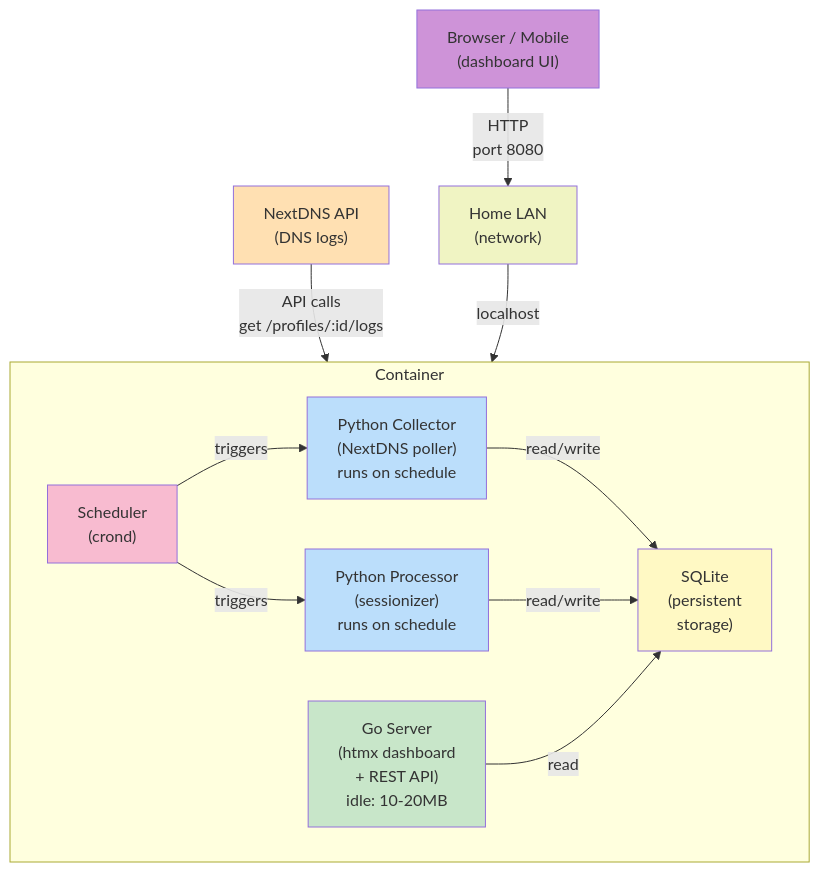
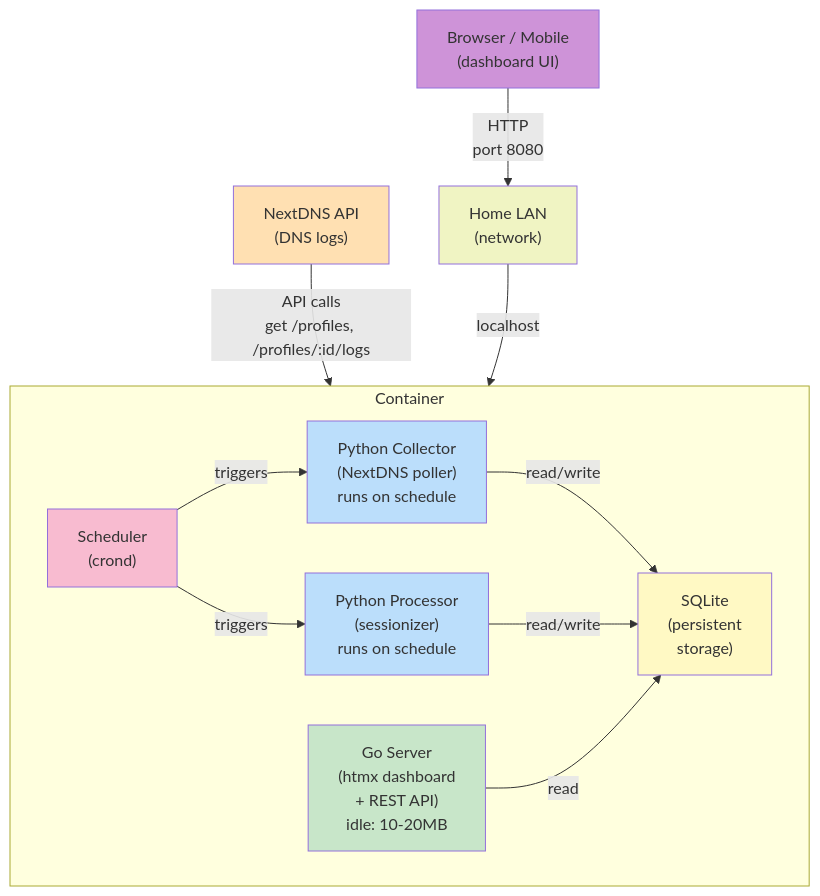
The third of 5 diagrams in ARCHITECTURE.md (shaptonstahl/sverdrup), drawn with Mermaid before and after one commit. The commit also changed other lines of this file and 23 other files, not shown here.

````diff
--- a/ARCHITECTURE.md
+++ b/ARCHITECTURE.md
@@ -136,33 +180,33 @@
 ```mermaid
 graph TB
     subgraph "Container"
         direction LR
         SRV["Go Server<br/>(htmx dashboard<br/>+ REST API)<br/>idle: 10-20MB"]
         DB["SQLite<br/>(persistent<br/>storage)"]
         SCHED["Scheduler<br/>(crond)"]
         COLL["Python Collector<br/>(NextDNS poller)<br/>runs on schedule"]
         PROC["Python Processor<br/>(sessionizer)<br/>runs on schedule"]
     end
 
     NEXTDNS["NextDNS API<br/>(DNS logs)"]
     BROWSER["Browser / Mobile<br/>(dashboard UI)"]
     LAN["Home LAN<br/>(network)"]
 
-    NEXTDNS -->|API calls<br/>get /profiles/:id/logs| COLL
+    NEXTDNS -->|API calls<br/>get /profiles, /profiles/:id/logs| COLL
     COLL -->|read/write| DB
     PROC -->|read/write| DB
     SRV -->|read| DB
     BROWSER -->|HTTP<br/>port 8080| LAN
     LAN -->|localhost| SRV
     SCHED -->|triggers| COLL
     SCHED -->|triggers| PROC
 
     style SRV fill:#c8e6c9
     style DB fill:#fff9c4
     style SCHED fill:#f8bbd0
     style COLL fill:#bbdefb
     style PROC fill:#bbdefb
     style NEXTDNS fill:#ffe0b2
     style BROWSER fill:#ce93d8
     style LAN fill:#f0f4c3
 ```
````
